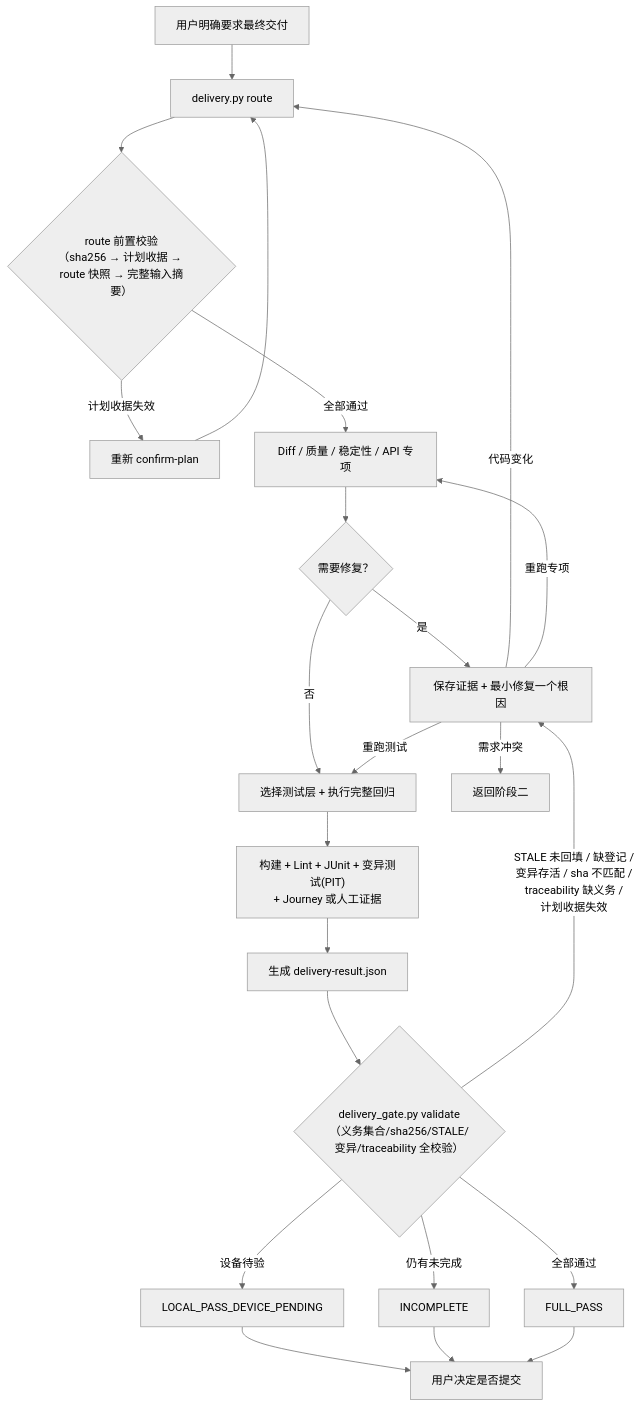
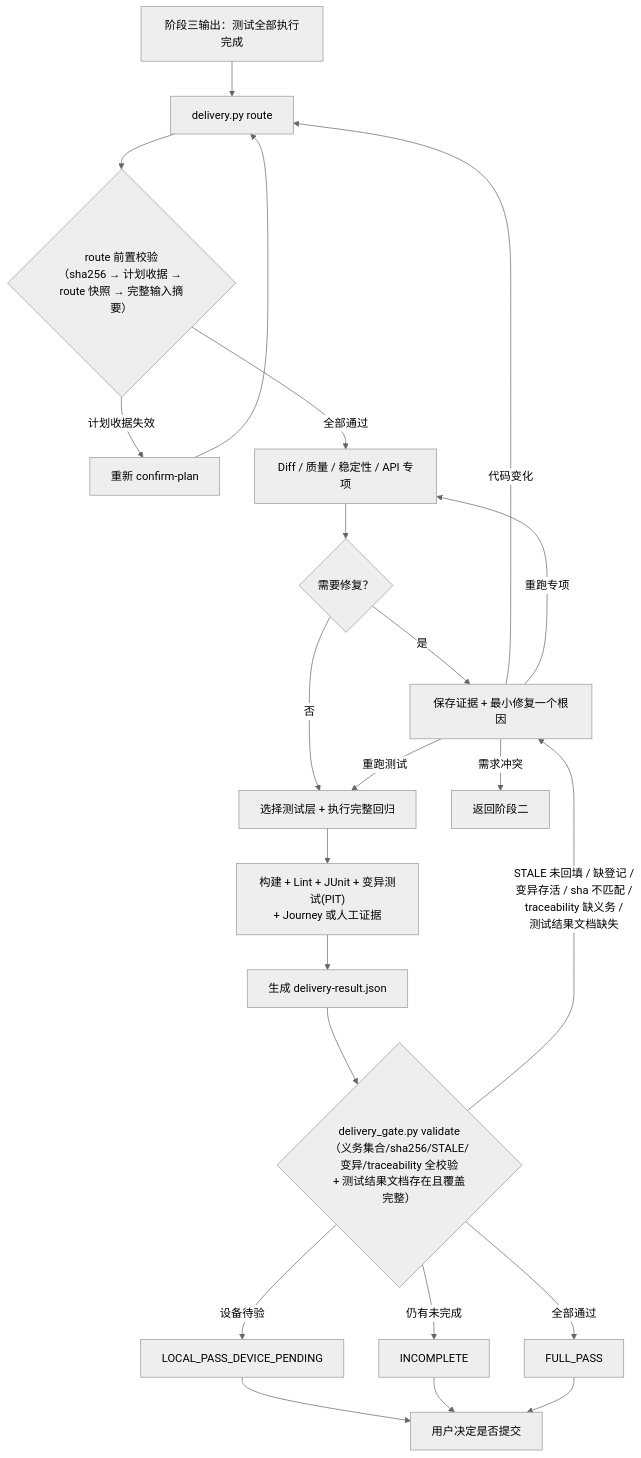
Before and after one commit to yejuntian/android-delivery-skills: the fifth of 10 diagrams in FLOW_DIAGRAMS.md, drawn with Mermaid (neutral theme). The commit also changed other lines of this file and 2 other files, not shown here.

First line of the commit message:
feat(android-delivery): 测试执行子阶段 + 增量闭环全阶段适用

````diff
--- a/FLOW_DIAGRAMS.md
+++ b/FLOW_DIAGRAMS.md
@@ -143,25 +195,25 @@
 ```mermaid
 flowchart TD
-    J["用户明确要求最终交付"] --> L["delivery.py route"]
+    TEST_DONE["阶段三输出：测试全部执行完成"] --> L["delivery.py route"]
     L --> L1{"route 前置校验<br/>（sha256 → 计划收据 → route 快照 → 完整输入摘要）"}
     L1 -- "计划收据失效" --> L2["重新 confirm-plan"]
     L2 --> L
     L1 -- "全部通过" --> M["Diff / 质量 / 稳定性 / API 专项"]
     M --> M0{"需要修复？"}
     M0 -- "是" --> FIX["保存证据 + 最小修复一个根因"]
     M0 -- "否" --> N["选择测试层 + 执行完整回归"]
     FIX -- "需求冲突" --> BACK["返回阶段二"]
     FIX -- "代码变化" --> L
     FIX -- "重跑专项" --> M
     FIX -- "重跑测试" --> N
     N --> O["构建 + Lint + JUnit + 变异测试(PIT)<br/>+ Journey 或人工证据"]
     O --> P["生成 delivery-result.json"]
-    P --> Q{"delivery_gate.py validate<br/>（义务集合/sha256/STALE/变异/traceability 全校验）"}
-    Q -- "STALE 未回填 / 缺登记 /<br/>变异存活 / sha 不匹配 /<br/>traceability 缺义务 /<br/>计划收据失效" --> FIX
+    P --> Q{"delivery_gate.py validate<br/>（义务集合/sha256/STALE/变异/traceability 全校验<br/>+ 测试结果文档存在且覆盖完整）"}
+    Q -- "STALE 未回填 / 缺登记 /<br/>变异存活 / sha 不匹配 /<br/>traceability 缺义务 /<br/>测试结果文档缺失" --> FIX
     Q -- "设备待验" --> DEVICE["LOCAL_PASS_DEVICE_PENDING"]
     Q -- "仍有未完成" --> INCOMPLETE["INCOMPLETE"]
     Q -- "全部通过" --> PASS["FULL_PASS"]
     DEVICE --> COMMIT["用户决定是否提交"]
     INCOMPLETE --> COMMIT
     PASS --> COMMIT
 ```
````
